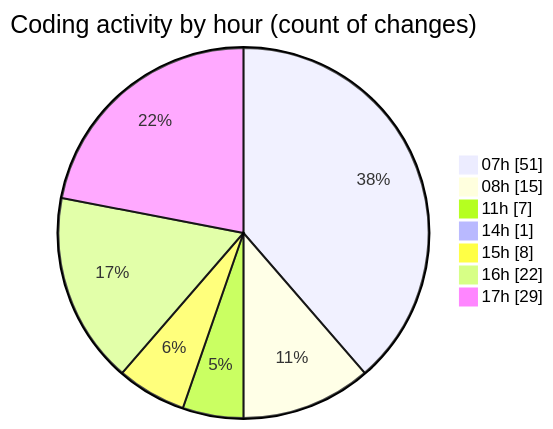
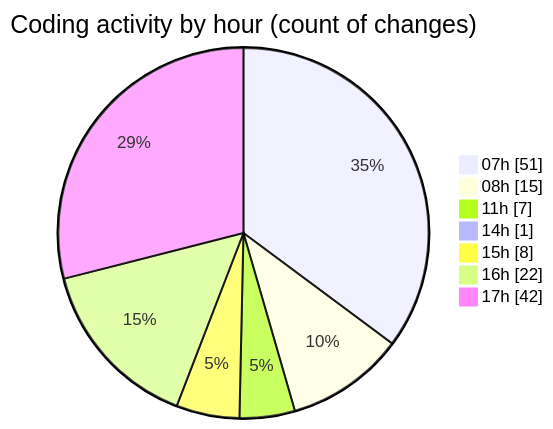
The second of 2 diagrams in 2025-01-17/mbc-web/README.md (robertbonfada/code-tracking), drawn with Mermaid before and after one commit. The commit also changed other lines of this file and 1 other file, not shown here.

````diff
--- a/2025-01-17/mbc-web/README.md
+++ b/2025-01-17/mbc-web/README.md
@@ -51,11 +52,11 @@
 ```mermaid
 pie showData
 title Coding activity by hour (count of changes)
 "07h" : 51
 "08h" : 15
 "11h" : 7
 "14h" : 1
 "15h" : 8
 "16h" : 22
-"17h" : 29
+"17h" : 42
 ```
````
